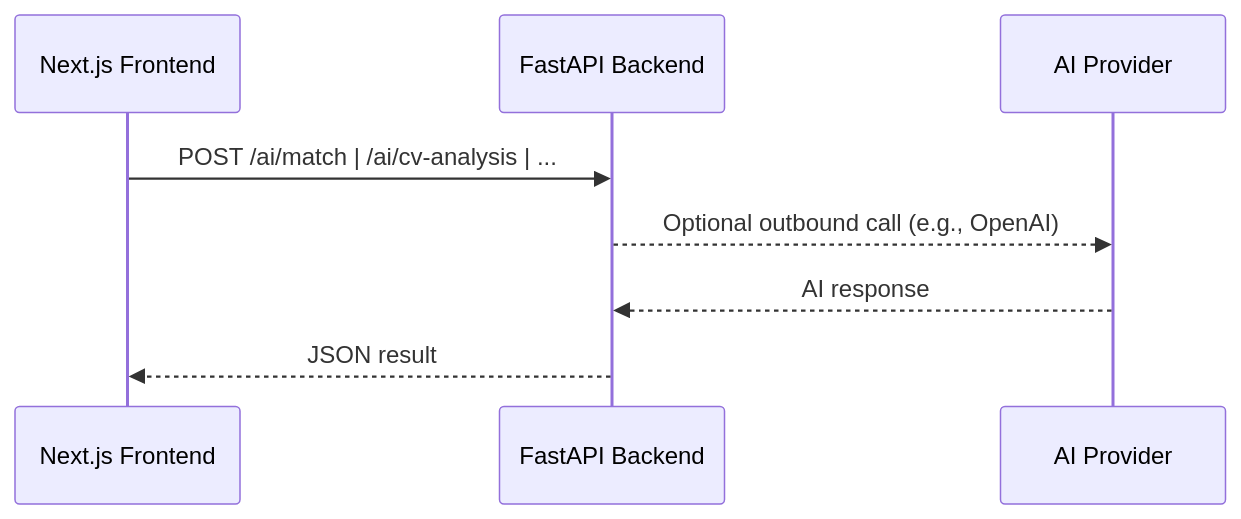
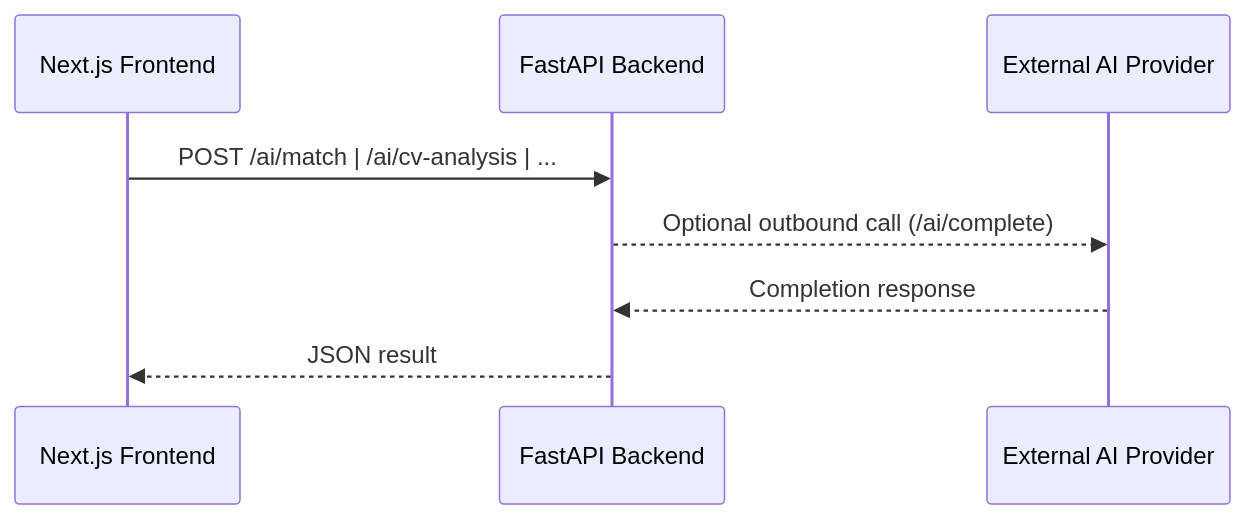
The first of 3 diagrams in README.md (AsTeriaa09/Niyog), drawn with Mermaid before and after one commit. The commit also changed other lines of this file and 5 other files, not shown here.

````diff
--- a/README.md
+++ b/README.md
@@ -132,11 +146,11 @@
 ```mermaid
 sequenceDiagram
 	participant Web as Next.js Frontend
 	participant API as FastAPI Backend
-	participant AI as AI Provider
+	participant AI as External AI Provider
 
 	Web->>API: POST /ai/match | /ai/cv-analysis | ...
-	API-->>AI: Optional outbound call (e.g., OpenAI)
-	AI-->>API: AI response
+	API-->>AI: Optional outbound call (/ai/complete)
+	AI-->>API: Completion response
 	API-->>Web: JSON result
 ```
````
